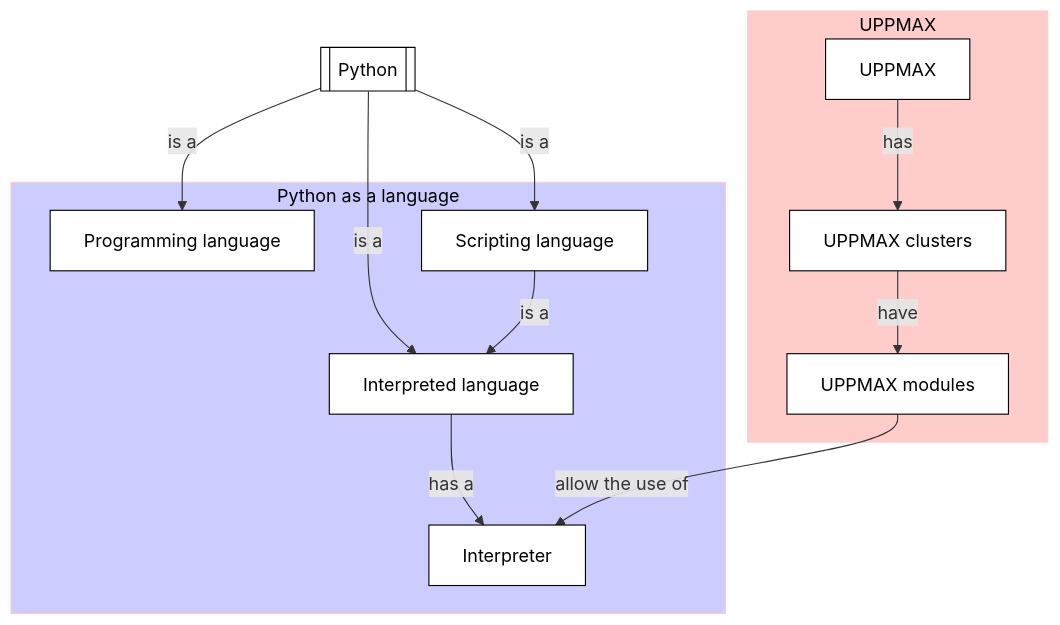
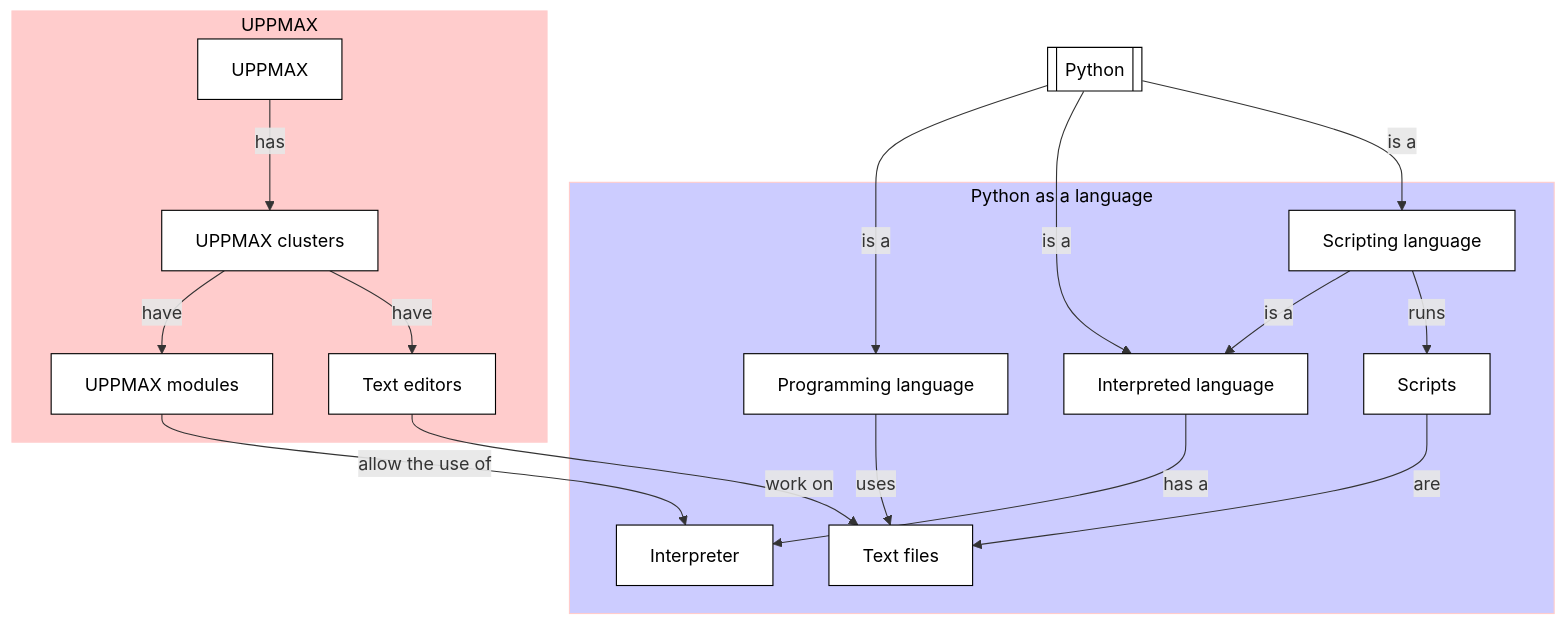
One commit to UPPMAX/uppmax_intro_python changed the diagram in docs/morning_session/the_way_of_the_program.md. Above: the diagram before and after it, drawn with Mermaid. The commit also changed other lines of this file, not shown here.

Commit message:
Show scripts at the right time

````diff
--- a/docs/morning_session/the_way_of_the_program.md
+++ b/docs/morning_session/the_way_of_the_program.md
@@ -44,54 +44,54 @@
 ```mermaid
 flowchart TD
     python[[Python]]
 
     %% Give a white background to all nodes, instead of a transparent one
     classDef node fill:#fff,color:#000,stroke:#000
 
     subgraph sub_programming_language[Python as a language]
       interpreted_language[Interpreted language]
       programming_language[Programming language]
       scripting_language[Scripting language]
       interpreter[Interpreter]
-      %% scripts[Scripts]
-      %% text_files[Text files]
+      scripts[Scripts]
+      text_files[Text files]
     end
     style sub_programming_language fill:#ccf,color:#000,stroke:#fcc
 
 
     subgraph sub_uppmax[UPPMAX]
       uppmax[UPPMAX]
       uppmax_modules[UPPMAX modules]
       uppmax_clusters[UPPMAX clusters]
-      %% text_editors[Text editors]
+      text_editors[Text editors]
       %%x_forwarding[X-forwarding]
       %%remote_desktop[Remote desktop]
     end
     style sub_uppmax fill:#fcc,color:#000,stroke:#fcc
 
     python --> |is a| programming_language
     python --> |is a| interpreted_language
     python --> |is a| scripting_language
 
-    %% programming_language --> |uses| text_files
+    programming_language --> |uses| text_files
     interpreted_language --> |has a| interpreter
     scripting_language --> |is a|interpreted_language
-    %% scripting_language --> |runs| scripts
-    %% scripts --> |are| text_files
+    scripting_language --> |runs| scripts
+    scripts --> |are| text_files
     %% scripts --> |can use| command_line_arguments
 
     uppmax --> |has| uppmax_clusters
     uppmax_clusters --> |have| uppmax_modules
-    %%uppmax_clusters --> |have| text_editors
+    uppmax_clusters --> |have| text_editors
     %%uppmax_clusters --> |allow| x_forwarding
     %%uppmax_clusters --> |has| remote_desktop
     %% uppmax_modules --> |allow the use of| python_packages
     uppmax_modules --> |allow the use of| interpreter
 
-    %% text_editors --> |work on|text_files
+    text_editors --> |work on|text_files
     %%x_forwarding --> |allows|graphics
     %%remote_desktop --> |allows|graphics
     
 
     %% variables ~~~ uppmax
 ```
````
